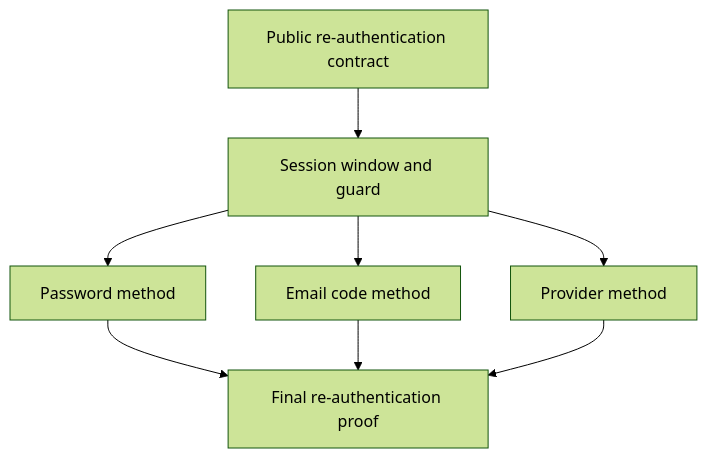
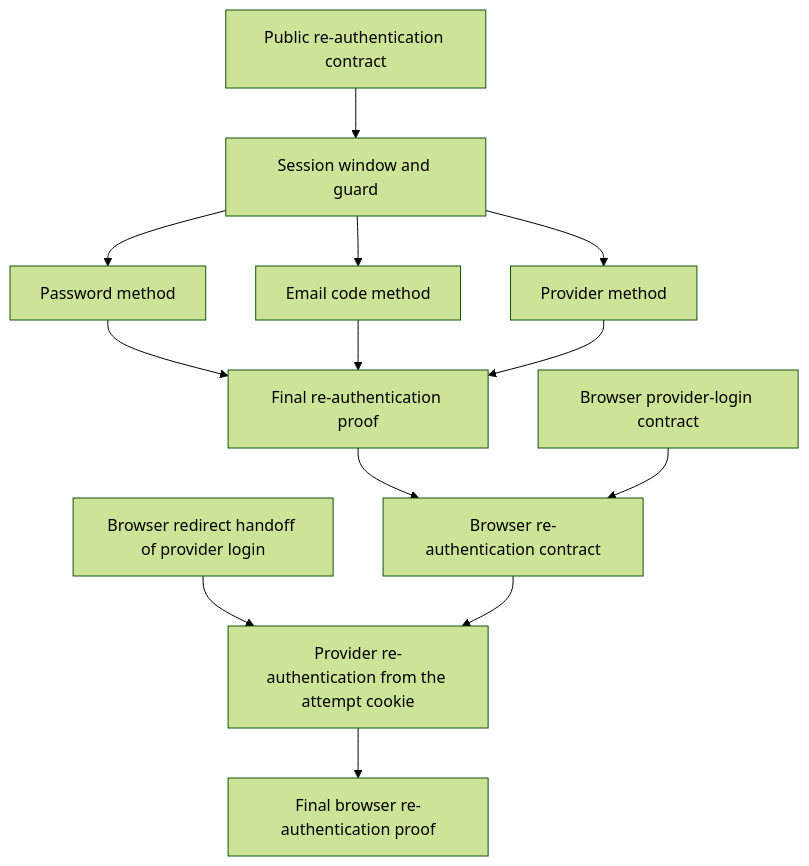
The diagram in tasks/identity-re-authentication.md (vasapolrittideah/flowspace-api), drawn with Mermaid (forest theme) before and after one commit. The commit also changed other lines of this file, not shown here.

Commit message:
docs(identity): reapprove identity re-authentication plan

````diff
--- a/tasks/identity-re-authentication.md
+++ b/tasks/identity-re-authentication.md
@@ -22,10 +25,15 @@
 ```mermaid
 flowchart TD
     Contract[Public re-authentication contract] --> Window[Session window and guard]
     Window --> Password[Password method]
     Window --> Code[Email code method]
     Window --> Provider[Provider method]
     Password --> Prove[Final re-authentication proof]
     Code --> Prove
     Provider --> Prove
+    Prove --> BrowserContract[Browser re-authentication contract]
+    ProviderContract[Browser provider-login contract] --> BrowserContract
+    ProviderBrowser[Browser redirect handoff of provider login] --> BrowserProvider[Provider re-authentication from the attempt cookie]
+    BrowserContract --> BrowserProvider
+    BrowserProvider --> BrowserProve[Final browser re-authentication proof]
 ```
````
